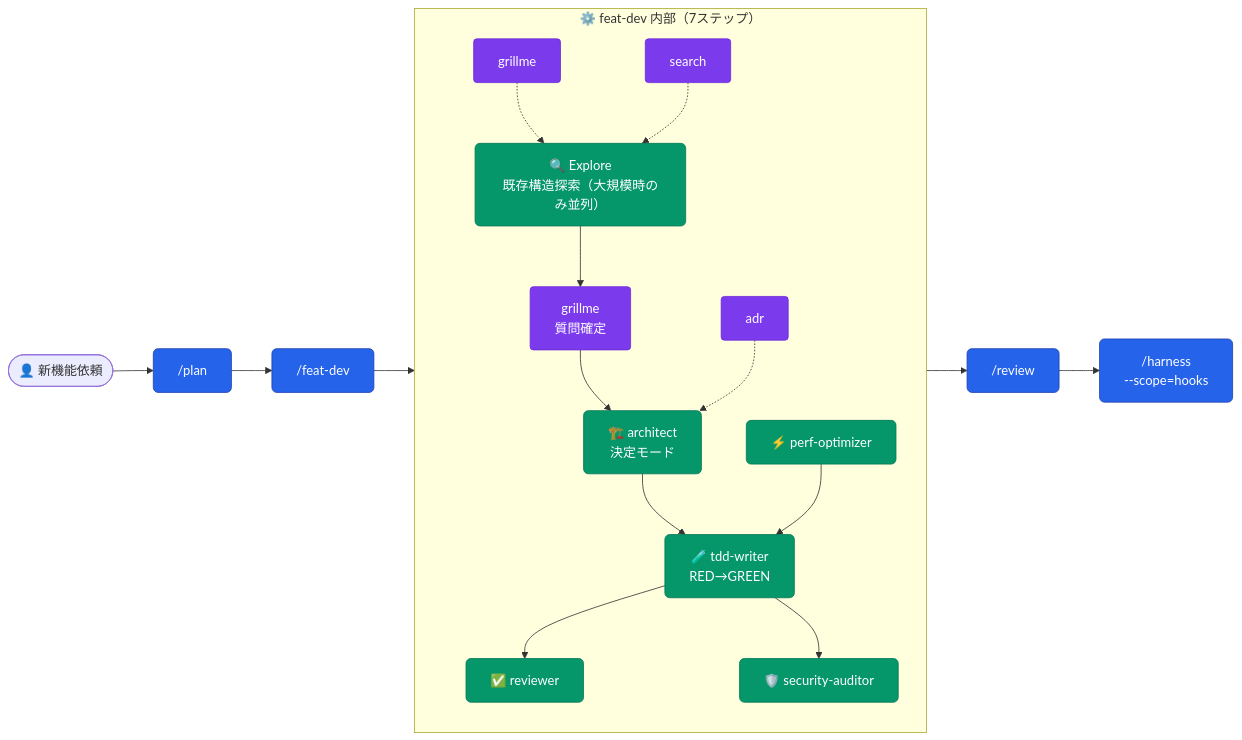
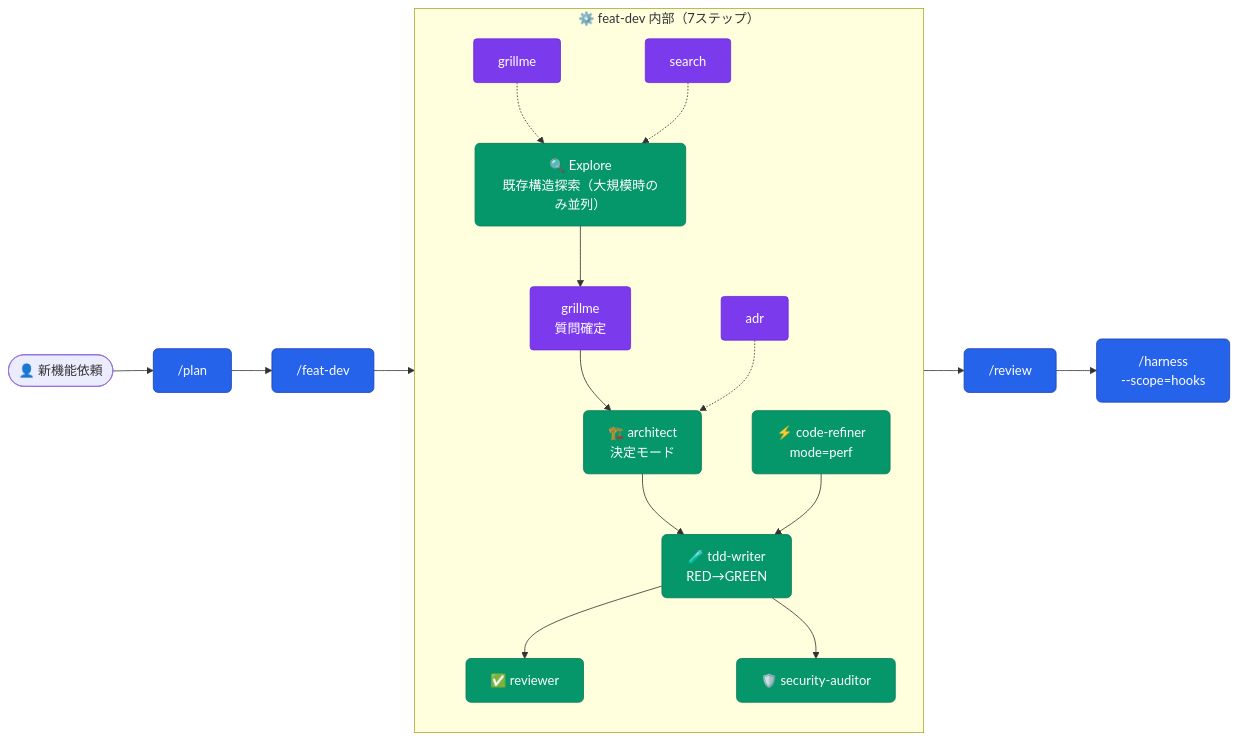
The first of 12 diagrams in README.md (aokumablue/claq), drawn with Mermaid before and after one commit. The commit also changed other lines of this file and 9 other files, not shown here.

First line of the commit message:
refactor(agents): simplifier/dead-code-cleaner/perf-optimizer を code-refiner へ統合

````diff
--- a/README.md
+++ b/README.md
@@ -120,26 +120,26 @@
 ```mermaid
 flowchart LR
   classDef cmd    fill:#2563eb,stroke:#1e40af,color:#fff,rx:6
   classDef agent  fill:#059669,stroke:#047857,color:#fff,rx:6
   classDef skill  fill:#7c3aed,stroke:#6d28d9,color:#fff,rx:4
   classDef auto   fill:#ea580c,stroke:#c2410c,color:#fff,rx:4
 
   U(["👤 新機能依頼"]) --> CP["/plan"]:::cmd
   CP --> CF["/feat-dev"]:::cmd
 
   subgraph featdev["⚙️ feat-dev 内部（7ステップ）"]
     direction TB
     SG1["grillme"]:::skill -.-> AE
     AE["🔍 Explore<br/>既存構造探索（大規模時のみ並列）"]:::agent --> SG2["grillme<br/>質問確定"]:::skill
     SG2 --> AA["🏗️ architect<br/>決定モード"]:::agent
-    AA & APO["⚡ perf-optimizer"]:::agent --> AT["🧪 tdd-writer<br/>RED→GREEN"]:::agent
+    AA & APO["⚡ code-refiner<br/>mode=perf"]:::agent --> AT["🧪 tdd-writer<br/>RED→GREEN"]:::agent
     AT --> AR["✅ reviewer"]:::agent
     AT --> ASEC["🛡️ security-auditor"]:::agent
     SS["search"]:::skill -.-> AE
     SA["adr"]:::skill -.-> AA
   end
 
   CF --> featdev
   featdev --> CR["/review"]:::cmd
   CR --> CH["/harness<br/>--scope=hooks"]:::cmd
 ```
````
